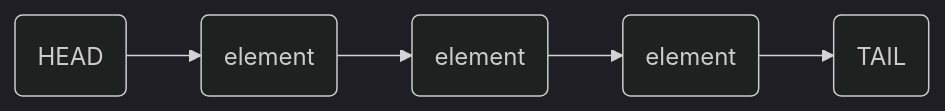
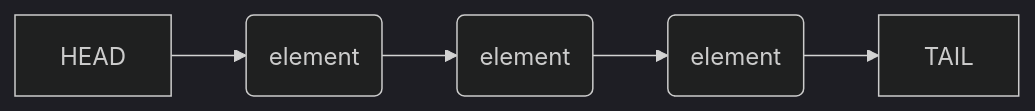
One commit to Bricktech2000/Notes changed the first of 2 diagrams in notes/linked list.md. Above: the diagram before and after it, drawn with Mermaid (dark theme). The commit also changed other lines of this file and 309 other files, not shown here.

````diff
--- a/notes/linked list.md
+++ b/notes/linked list.md
@@ -20,4 +20,4 @@
 ```mermaid
 graph LR
-  A(HEAD) --> B(element) --> C(element) --> D(element) --> E(TAIL)
+  HEAD --> E1(element) --> E2(element) --> E3(element) --> TAIL
 ```
````
